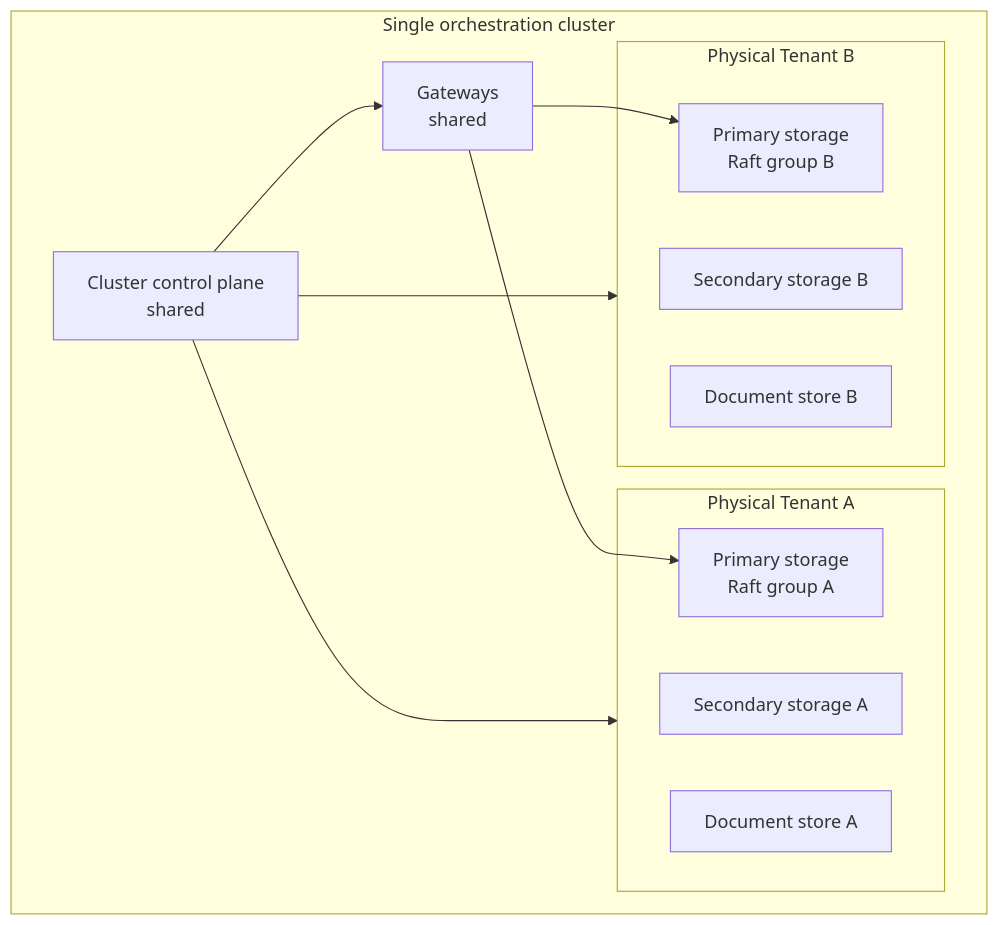
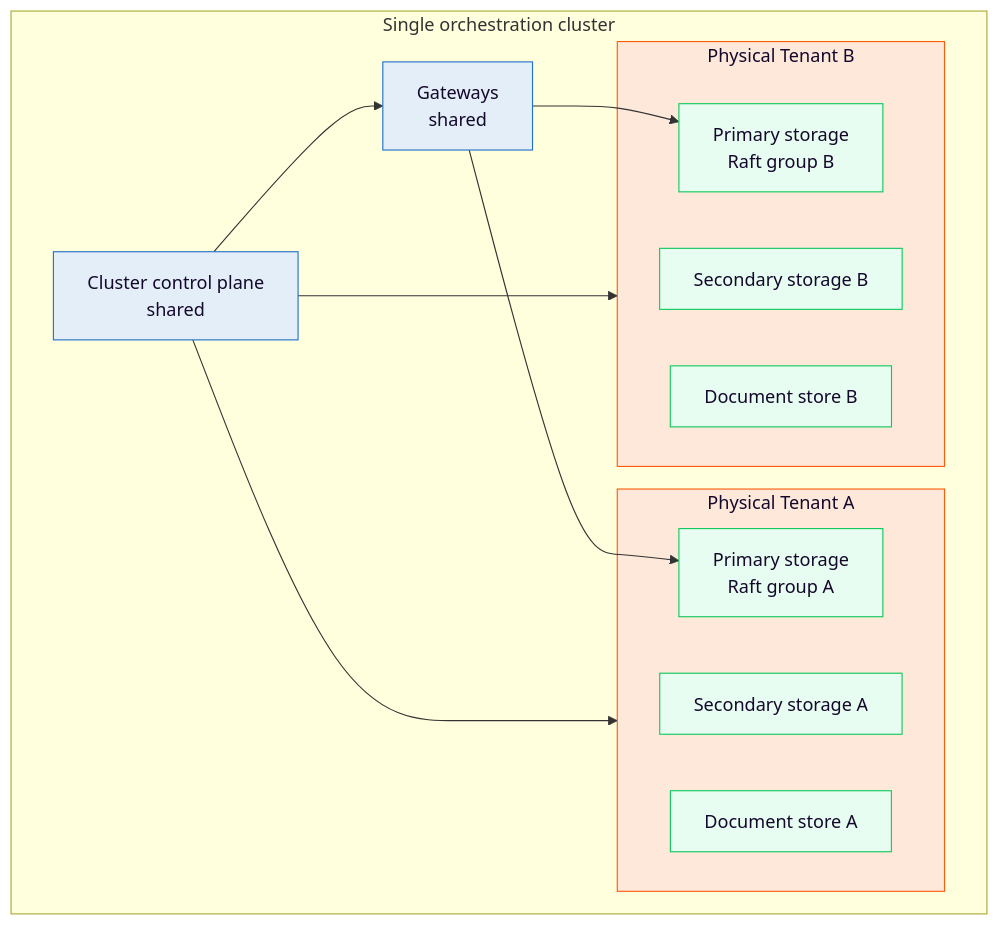
The diagram in docs/self-managed/concepts/physical-tenants/index.md (camunda/camunda-docs), drawn with Mermaid before and after one commit. The commit also changed other lines of this file and 11 other files, not shown here.

````diff
--- a/docs/self-managed/concepts/physical-tenants/index.md
+++ b/docs/self-managed/concepts/physical-tenants/index.md
@@ -28,25 +34,33 @@
 ```mermaid
 graph TD
     subgraph cluster["Single orchestration cluster"]
         cp["Cluster control plane\nshared"]
         gw["Gateways\nshared"]
 
         subgraph tenantA["Physical Tenant A"]
             raftA["Primary storage\nRaft group A"]
             secA["Secondary storage A"]
             docA["Document store A"]
         end
 
         subgraph tenantB["Physical Tenant B"]
             raftB["Primary storage\nRaft group B"]
             secB["Secondary storage B"]
             docB["Document store B"]
         end
 
         cp --> gw
         gw --> raftA
         gw --> raftB
         cp --> tenantA
         cp --> tenantB
     end
+
+    classDef shared fill:#e4eef8,stroke:#2272c9,color:#14082c
+    classDef tenant fill:#fde8da,stroke:#fc5d0d,color:#14082c
+    classDef storage fill:#e8fdf1,stroke:#10c95d,color:#14082c
+
+    class cp,gw shared
+    class tenantA,tenantB tenant
+    class raftA,raftB,secA,secB,docA,docB storage
 ```
````
